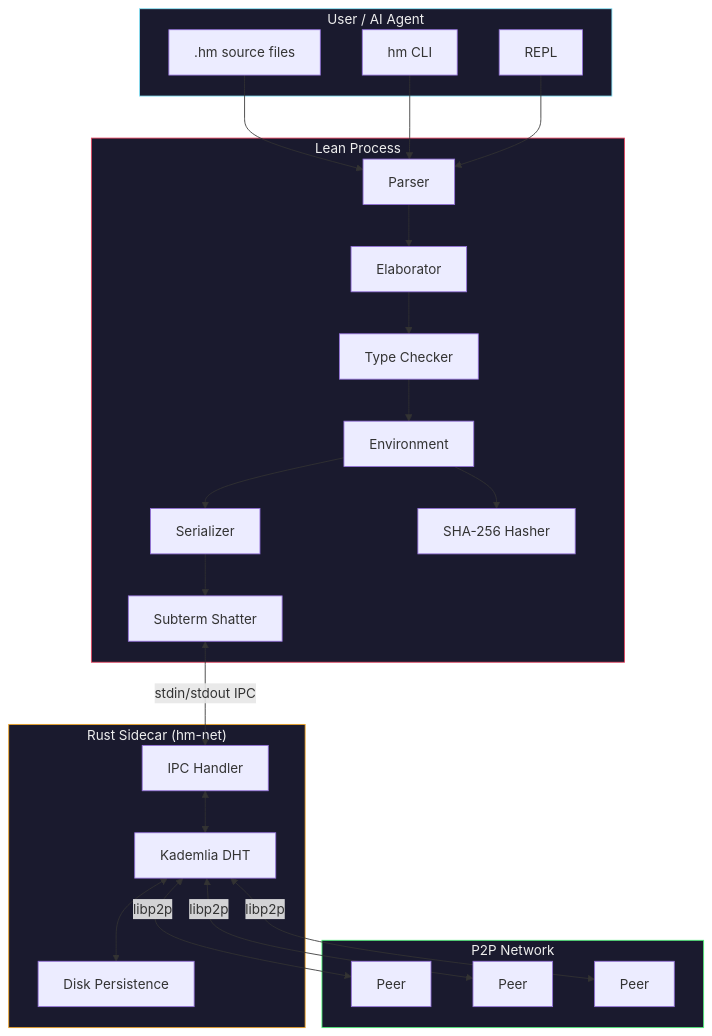
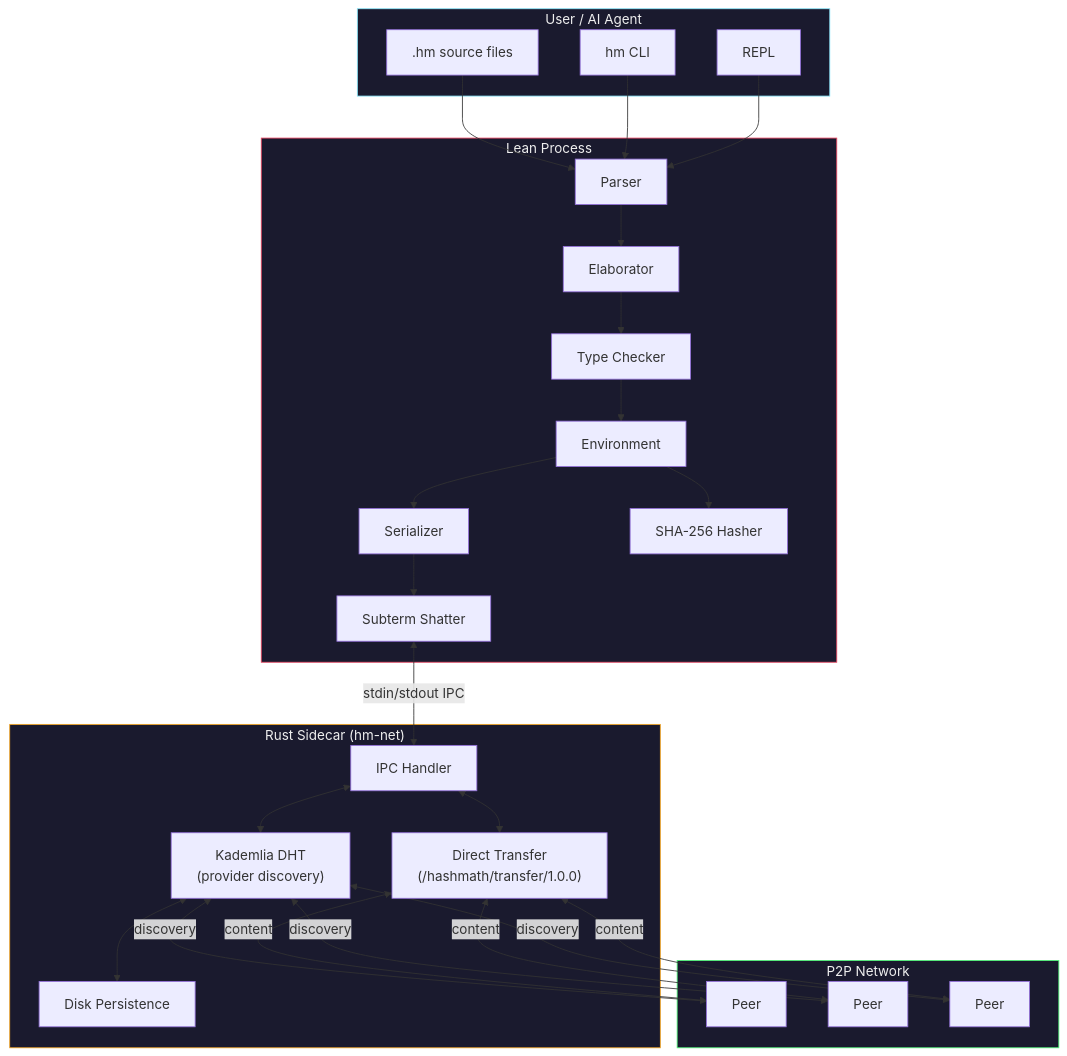
Before and after one commit to SamuelSchlesinger/HashMath: the first of 5 diagrams in README.md, drawn with Mermaid. The commit also changed other lines of this file and 15 other files, not shown here.

First line of the commit message:
Switch DHT from full-record storage to provider records + direct transfer

````diff
--- a/README.md
+++ b/README.md
@@ -49,52 +49,57 @@
 ```mermaid
 graph TB
     subgraph User["User / AI Agent"]
         CLI["hm CLI"]
         REPL["REPL"]
         HMFile[".hm source files"]
     end
 
     subgraph Lean["Lean Process"]
         Parser["Parser"]
         Elab["Elaborator"]
         TC["Type Checker"]
         Env["Environment"]
         Ser["Serializer"]
         Shatter["Subterm Shatter"]
         SHA["SHA-256 Hasher"]
     end
 
     subgraph Rust["Rust Sidecar (hm-net)"]
         IPC["IPC Handler"]
-        Kad["Kademlia DHT"]
+        Kad["Kademlia DHT<br/>(provider discovery)"]
+        Xfer["Direct Transfer<br/>(/hashmath/transfer/1.0.0)"]
         Disk["Disk Persistence"]
     end
 
     subgraph Network["P2P Network"]
         Peer1["Peer"]
         Peer2["Peer"]
         Peer3["Peer"]
     end
 
     HMFile --> Parser
     CLI --> Parser
     REPL --> Parser
     Parser --> Elab
     Elab --> TC
     TC --> Env
     Env --> SHA
     Env --> Ser
     Ser --> Shatter
 
     Shatter <-->|"stdin/stdout IPC"| IPC
     IPC <--> Kad
+    IPC <--> Xfer
     Kad <--> Disk
-    Kad <-->|"libp2p"| Peer1
-    Kad <-->|"libp2p"| Peer2
-    Kad <-->|"libp2p"| Peer3
+    Kad <-->|"discovery"| Peer1
+    Kad <-->|"discovery"| Peer2
+    Kad <-->|"discovery"| Peer3
+    Xfer <-->|"content"| Peer1
+    Xfer <-->|"content"| Peer2
+    Xfer <-->|"content"| Peer3
 
     style Lean fill:#1a1a2e,stroke:#e94560,color:#eee
     style Rust fill:#1a1a2e,stroke:#f5a623,color:#eee
     style Network fill:#1a1a2e,stroke:#50fa7b,color:#eee
     style User fill:#1a1a2e,stroke:#8be9fd,color:#eee
 ```
````
